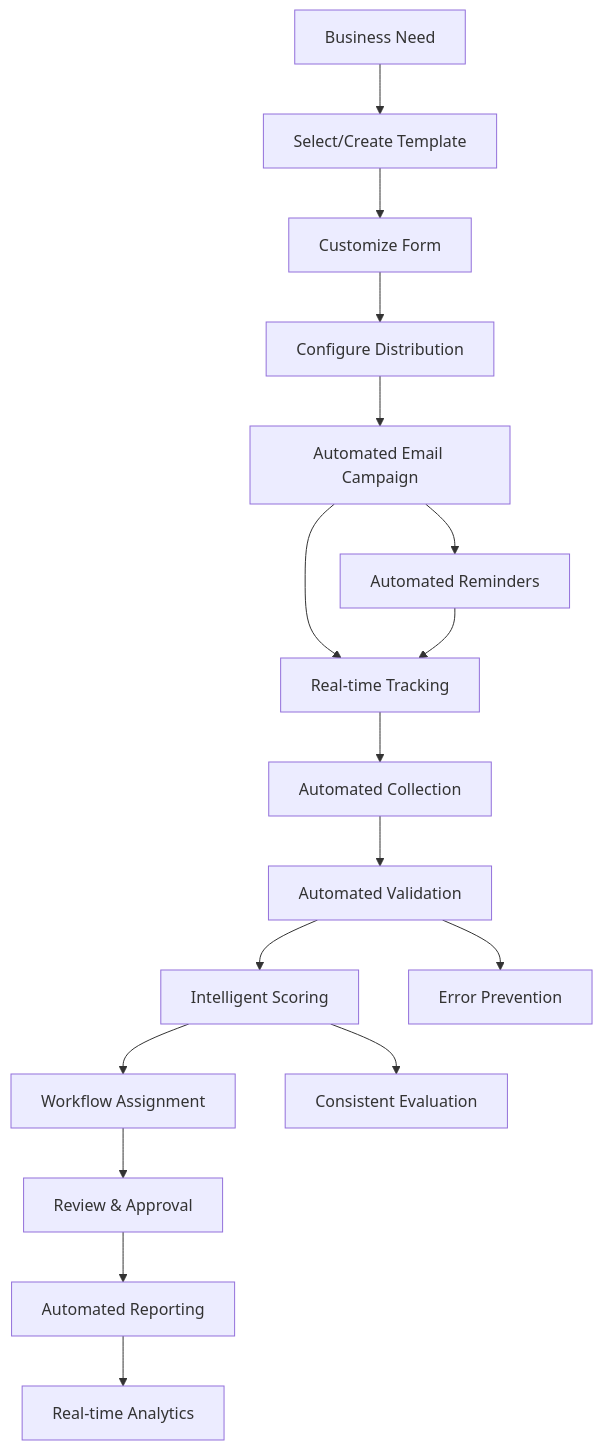
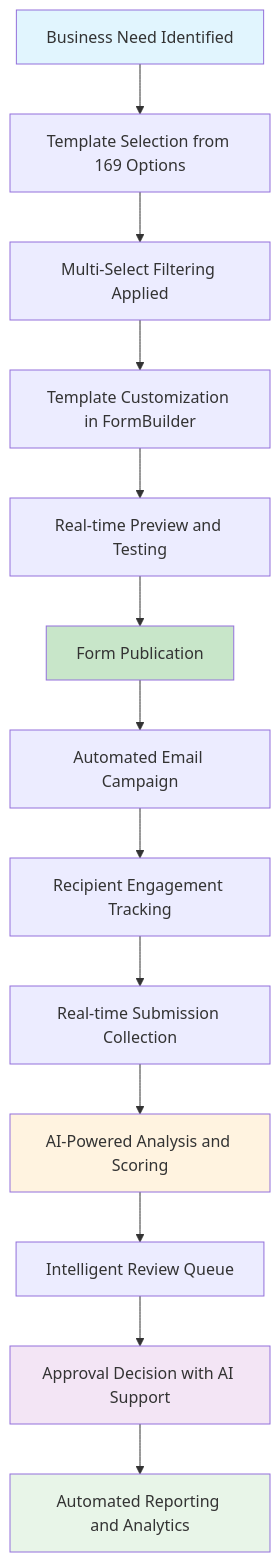
The first of 3 diagrams in Resources/BRD_DOCUMENT.md (solidrange/solidrange-form-flow), drawn with Mermaid before and after one commit. The commit also changed other lines of this file and 6 other files, not shown here.

````diff
--- a/Resources/BRD_DOCUMENT.md
+++ b/Resources/BRD_DOCUMENT.md
@@ -335,20 +379,21 @@
 ```mermaid
 flowchart TD
-    A[Business Need] --> B[Select/Create Template]
-    B --> C[Customize Form]
-    C --> D[Configure Distribution]
-    D --> E[Automated Email Campaign]
-    E --> F[Real-time Tracking]
-    F --> G[Automated Collection]
-    G --> H[Automated Validation]
-    H --> I[Intelligent Scoring]
-    I --> J[Workflow Assignment]
-    J --> K[Review & Approval]
-    K --> L[Automated Reporting]
+    A[Business Need Identified] --> B[Template Selection from 169 Options]
+    B --> C[Multi-Select Filtering Applied]
+    C --> D[Template Customization in FormBuilder]
+    D --> E[Real-time Preview and Testing]
+    E --> F[Form Publication]
+    F --> G[Automated Email Campaign]
+    G --> H[Recipient Engagement Tracking]
+    H --> I[Real-time Submission Collection]
+    I --> J[AI-Powered Analysis and Scoring]
+    J --> K[Intelligent Review Queue]
+    K --> L[Approval Decision with AI Support]
+    L --> M[Automated Reporting and Analytics]
     
-    E --> M[Automated Reminders]
-    M --> F
-    H --> N[Error Prevention]
-    I --> O[Consistent Evaluation]
-    L --> P[Real-time Analytics]
+    style A fill:#e1f5fe
+    style F fill:#c8e6c9
+    style J fill:#fff3e0
+    style L fill:#f3e5f5
+    style M fill:#e8f5e8
 ```
````
